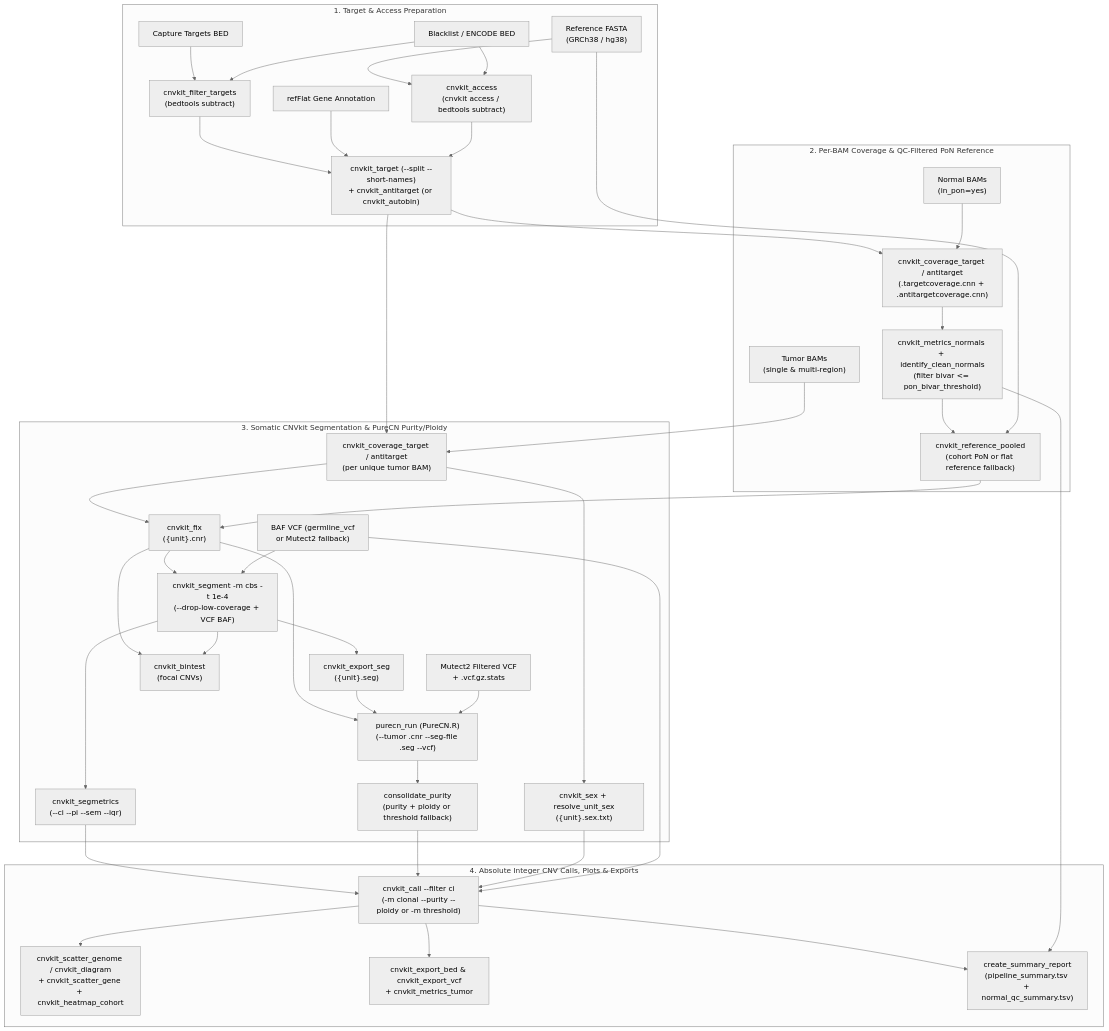
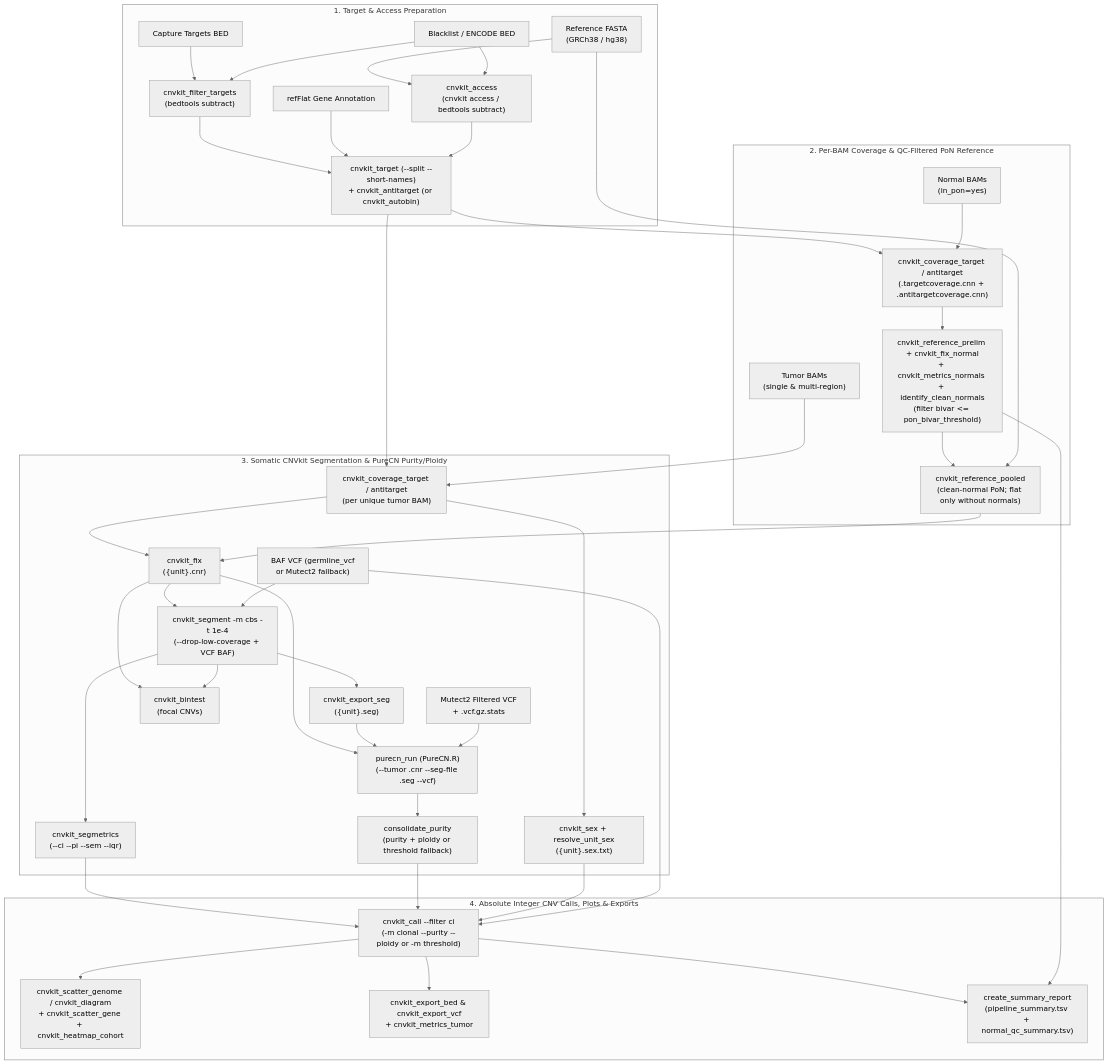
One commit to scholl-lab/sm-cnv-calling changed the diagram in README.md. Above: the diagram before and after it, drawn with Mermaid (neutral theme). The commit also changed other lines of this file and 6 other files, not shown here.

Commit message:
fix(pon): compute normal noise QC on reference-normalised .cnr; fail instead of flat fallback (#20)

````diff
--- a/README.md
+++ b/README.md
@@ -5,75 +5,75 @@
 ```mermaid
 flowchart TD
     subgraph Prep["1. Target & Access Preparation"]
         FASTA["Reference FASTA\n(GRCh38 / hg38)"]
         TBED["Capture Targets BED"]
         BBED["Blacklist / ENCODE BED"]
         RFLAT["refFlat Gene Annotation"]
         ACCESS["cnvkit_access\n(cnvkit access / bedtools subtract)"]
         CLEAN_T["cnvkit_filter_targets\n(bedtools subtract)"]
         BINS["cnvkit_target (--split --short-names)\n+ cnvkit_antitarget (or cnvkit_autobin)"]
         FASTA --> ACCESS
         BBED --> ACCESS
         TBED --> CLEAN_T
         BBED --> CLEAN_T
         CLEAN_T --> BINS
         RFLAT --> BINS
         ACCESS --> BINS
     end
 
     subgraph CovPoN["2. Per-BAM Coverage & QC-Filtered PoN Reference"]
         NBAM["Normal BAMs\n(in_pon=yes)"]
         TBAM["Tumor BAMs\n(single & multi-region)"]
         NCOV["cnvkit_coverage_target / antitarget\n(.targetcoverage.cnn + .antitargetcoverage.cnn)"]
-        NQC["cnvkit_metrics_normals + identify_clean_normals\n(filter bivar <= pon_bivar_threshold)"]
-        PON["cnvkit_reference_pooled\n(cohort PoN or flat reference fallback)"]
+        NQC["cnvkit_reference_prelim + cnvkit_fix_normal\n+ cnvkit_metrics_normals + identify_clean_normals\n(filter bivar <= pon_bivar_threshold)"]
+        PON["cnvkit_reference_pooled\n(clean-normal PoN; flat only without normals)"]
         BINS --> NCOV
         NBAM --> NCOV --> NQC --> PON
         FASTA --> PON
     end
 
     subgraph Somatic["3. Somatic CNVkit Segmentation & PureCN Purity/Ploidy"]
         TCOV["cnvkit_coverage_target / antitarget\n(per unique tumor BAM)"]
         FIX["cnvkit_fix\n({unit}.cnr)"]
         SEX["cnvkit_sex + resolve_unit_sex\n({unit}.sex.txt)"]
         GVCF["BAF VCF (germline_vcf\nor Mutect2 fallback)"]
         VCF["Mutect2 Filtered VCF\n+ .vcf.gz.stats"]
         SEG["cnvkit_segment -m cbs -t 1e-4\n(--drop-low-coverage + VCF BAF)"]
         SEGM["cnvkit_segmetrics\n(--ci --pi --sem --iqr)"]
         BINT["cnvkit_bintest\n(focal CNVs)"]
         EXSEG["cnvkit_export_seg\n({unit}.seg)"]
         PURECN["purecn_run (PureCN.R)\n(--tumor .cnr --seg-file .seg --vcf)"]
         CONSOL["consolidate_purity\n(purity + ploidy or threshold fallback)"]
 
         BINS --> TCOV
         TBAM --> TCOV --> FIX
         PON --> FIX
         TCOV --> SEX
         FIX --> SEG
         GVCF --> SEG
         SEG --> SEGM
         FIX --> BINT
         SEG --> BINT
         SEG --> EXSEG
         FIX --> PURECN
         EXSEG --> PURECN
         VCF --> PURECN
         PURECN --> CONSOL
     end
 
     subgraph Calls["4. Absolute Integer CNV Calls, Plots & Exports"]
         CALL["cnvkit_call --filter ci\n(-m clonal --purity --ploidy or -m threshold)"]
         PLOTS["cnvkit_scatter_genome / cnvkit_diagram\n+ cnvkit_scatter_gene + cnvkit_heatmap_cohort"]
         EXPORTS["cnvkit_export_bed & cnvkit_export_vcf\n+ cnvkit_metrics_tumor"]
         SUMMARY["create_summary_report\n(pipeline_summary.tsv + normal_qc_summary.tsv)"]
 
         SEGM --> CALL
         CONSOL --> CALL
         SEX --> CALL
         GVCF --> CALL
         CALL --> PLOTS
         CALL --> EXPORTS
         CALL --> SUMMARY
         NQC --> SUMMARY
     end
 ```
````
